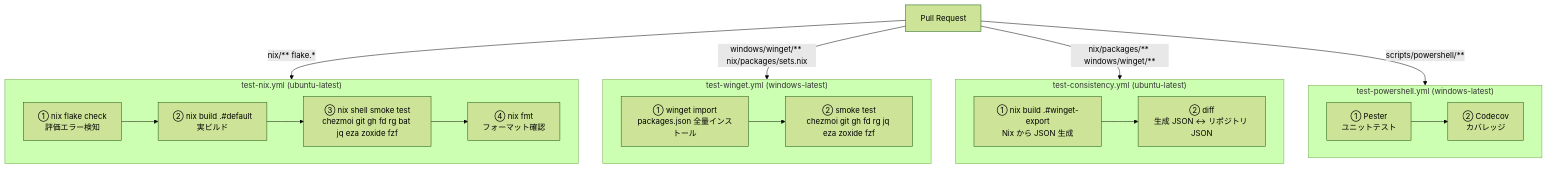
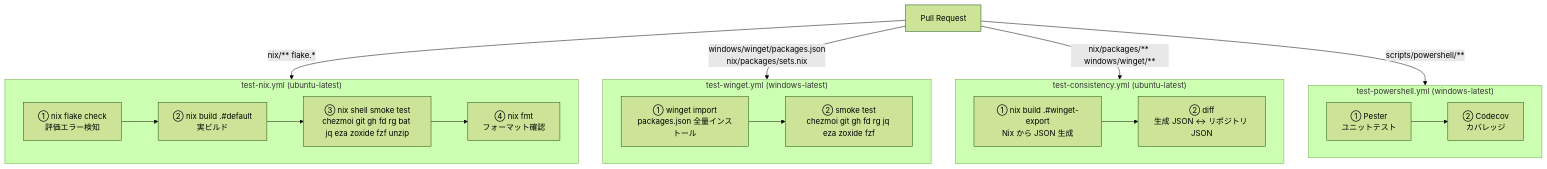
The diagram in docs/architecture.md (rurusasu/dotfiles), drawn with Mermaid (forest theme) before and after one commit. The commit also changed other lines of this file and 2 other files, not shown here.

First line of the commit message:
fix(ci): address review findings in smoke test workflows

````diff
--- a/docs/architecture.md
+++ b/docs/architecture.md
@@ -270,35 +270,35 @@
 ```mermaid
 flowchart TD
     PR["Pull Request"]
 
     PR -->|"nix/** flake.*"| NX
-    PR -->|"windows/winget/** nix/packages/sets.nix"| WG
+    PR -->|"windows/winget/packages.json\nnix/packages/sets.nix"| WG
     PR -->|"nix/packages/** windows/winget/**"| CO
     PR -->|"scripts/powershell/**"| PS
 
     subgraph NX["test-nix.yml (ubuntu-latest)"]
         N1["① nix flake check\n評価エラー検知"]
         N2["② nix build .#default\n実ビルド"]
-        N3["③ nix shell smoke test\nchezmoi git gh fd rg bat jq eza zoxide fzf"]
+        N3["③ nix shell smoke test\nchezmoi git gh fd rg bat jq eza zoxide fzf unzip"]
         N4["④ nix fmt\nフォーマット確認"]
         N1 --> N2 --> N3 --> N4
     end
 
     subgraph WG["test-winget.yml (windows-latest)"]
         W1["① winget import\npackages.json 全量インストール"]
         W2["② smoke test\nchezmoi git gh fd rg jq eza zoxide fzf"]
         W1 --> W2
     end
 
     subgraph CO["test-consistency.yml (ubuntu-latest)"]
         C1["① nix build .#winget-export\nNix から JSON 生成"]
         C2["② diff\n生成 JSON ↔ リポジトリ JSON"]
         C1 --> C2
     end
 
     subgraph PS["test-powershell.yml (windows-latest)"]
         P1["① Pester\nユニットテスト"]
         P2["② Codecov\nカバレッジ"]
         P1 --> P2
     end
 ```
````
